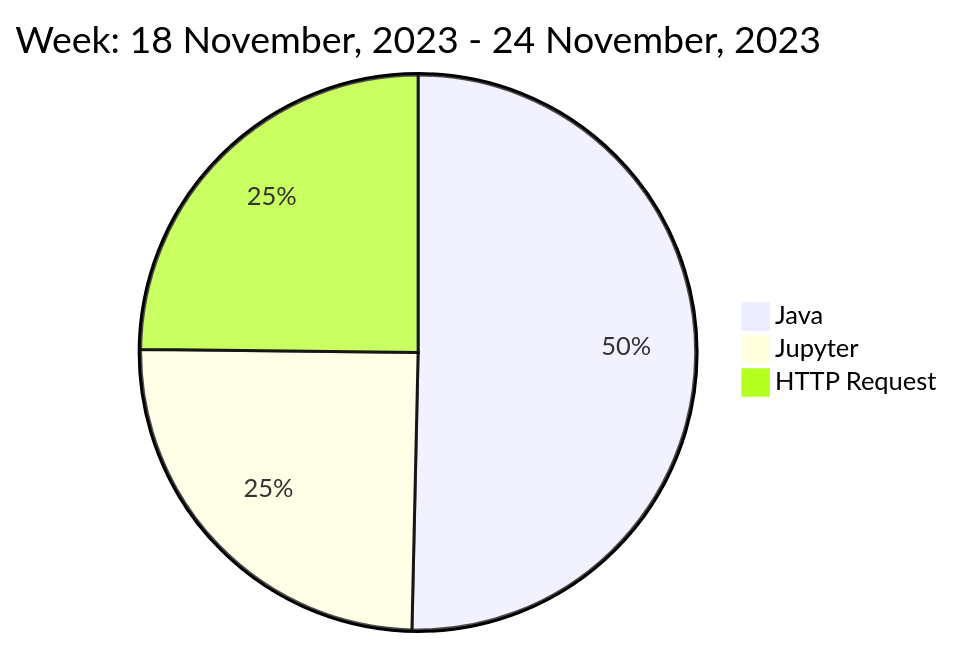
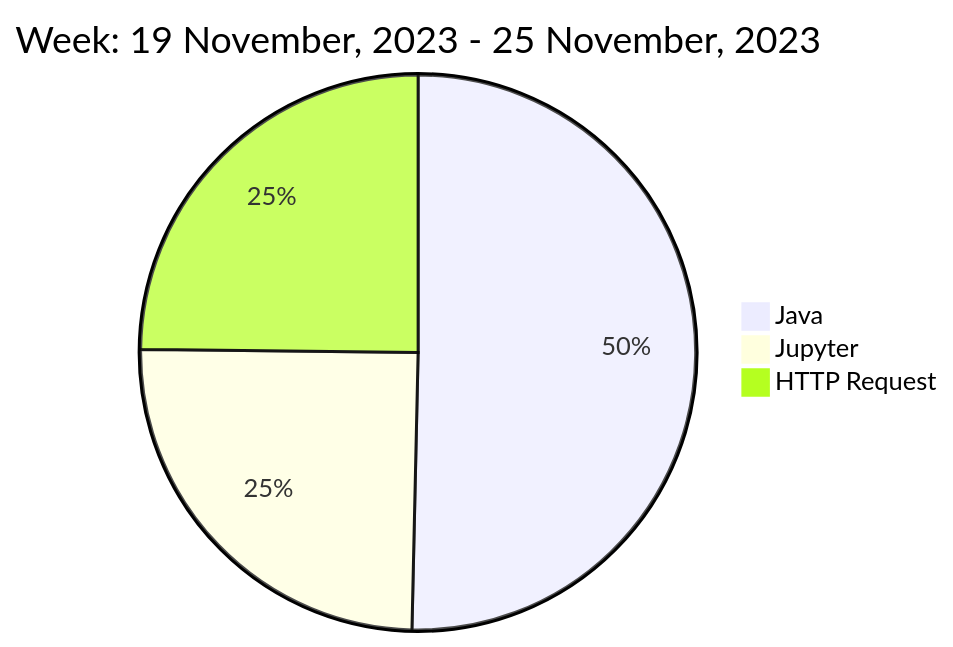
Before and after one commit to liubin95/liubin95: the diagram in README.md, drawn with Mermaid.

Commit message:
Updated the Graph with new Metrics

````diff
--- a/README.md
+++ b/README.md
@@ -37,7 +37,7 @@
 ```mermaid
  pie
-title Week: 18 November, 2023 - 24 November, 2023
+title Week: 19 November, 2023 - 25 November, 2023
  "Java" : 4.97
  "Jupyter" : 2.45
  "HTTP Request" : 2.45
 ```
````
